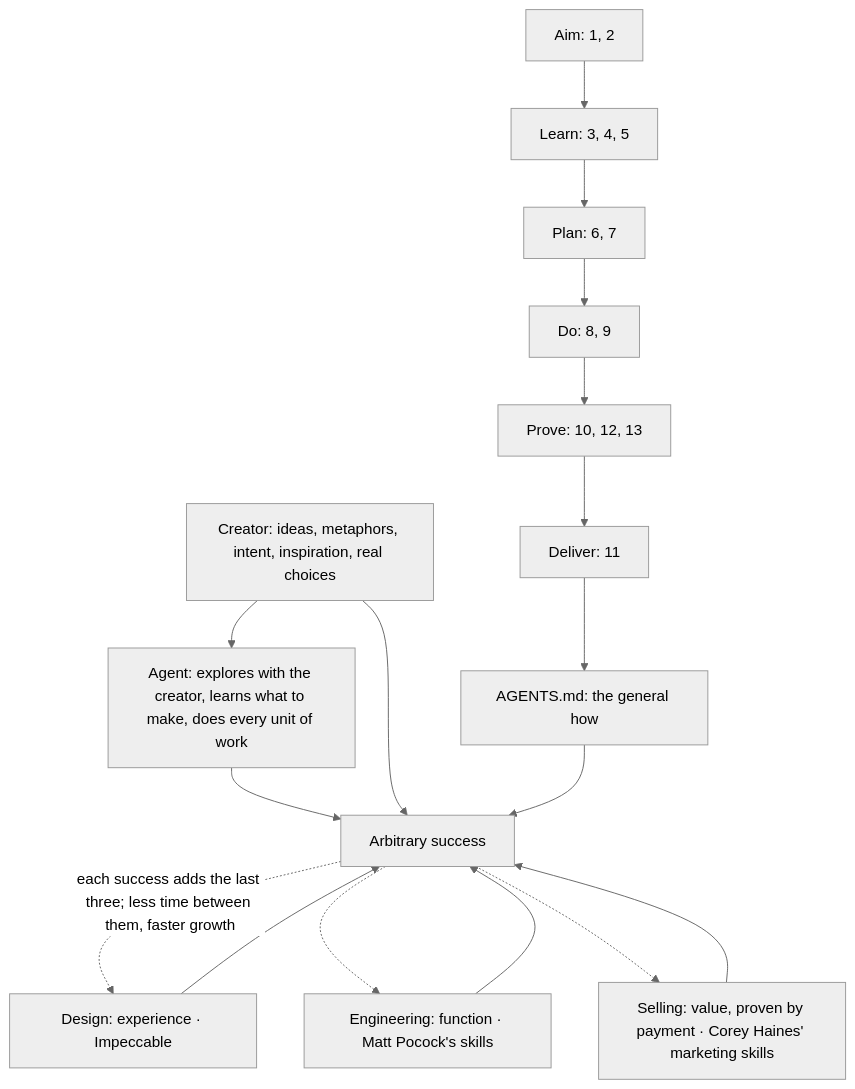
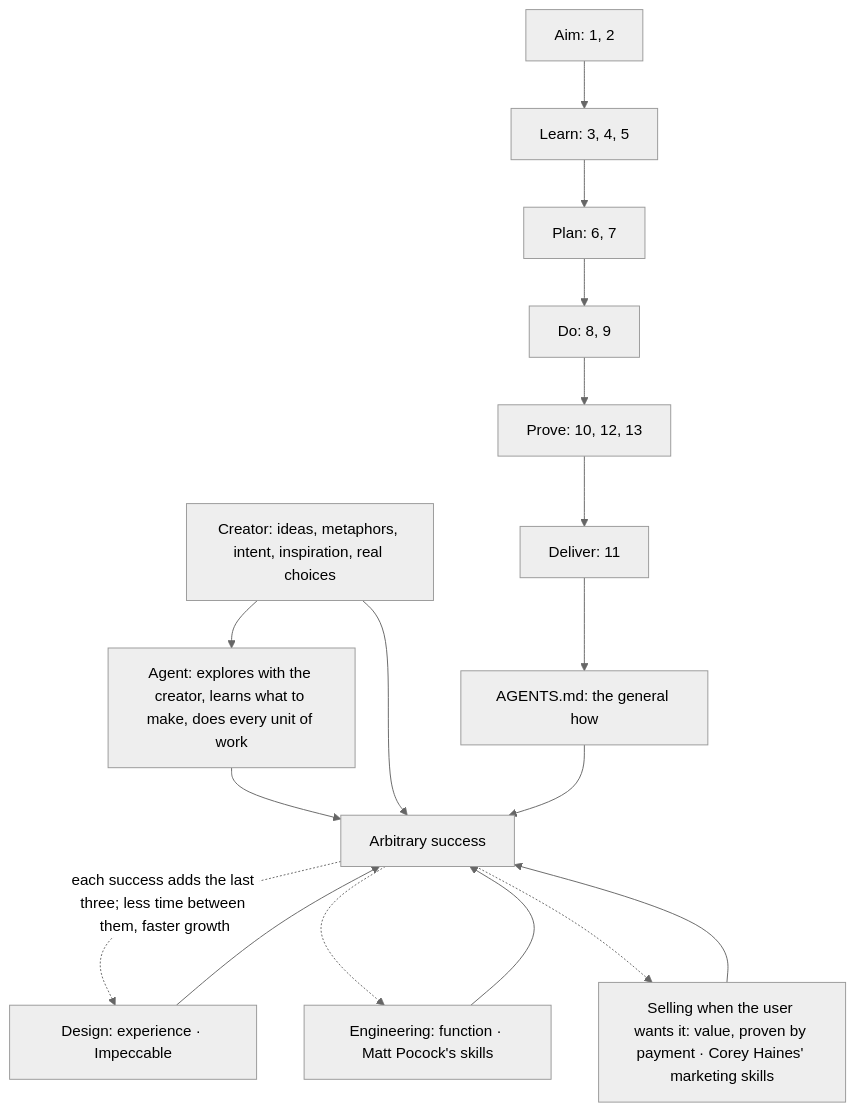
The first of 14 diagrams in AGENTS.md (SolenixAI/arbiter), drawn with Mermaid (neutral theme) before and after one commit. The commit also changed other lines of this file, not shown here.

````diff
--- a/AGENTS.md
+++ b/AGENTS.md
@@ -22,14 +22,14 @@
 ```mermaid
 flowchart TD
   A[Aim: 1, 2] --> L[Learn: 3, 4, 5] --> P[Plan: 6, 7] --> D[Do: 8, 9] --> V[Prove: 10, 12, 13] --> O[Deliver: 11] --> F[AGENTS.md: the general how]
   CR[Creator: ideas, metaphors, intent, inspiration, real choices] --> AG[Agent: explores with the creator, learns what to make, does every unit of work]
   AG --> S[Arbitrary success]
   CR --> S
   F --> S
   DS[Design: experience · Impeccable] --> S
   EG[Engineering: function · Matt Pocock's skills] --> S
-  SL[Selling: value, proven by payment · Corey Haines' marketing skills] --> S
+  SL[Selling when the user wants it: value, proven by payment · Corey Haines' marketing skills] --> S
   S -.->|each success adds the last three; less time between them, faster growth| DS
   S -.-> EG
   S -.-> SL
 ```
````
